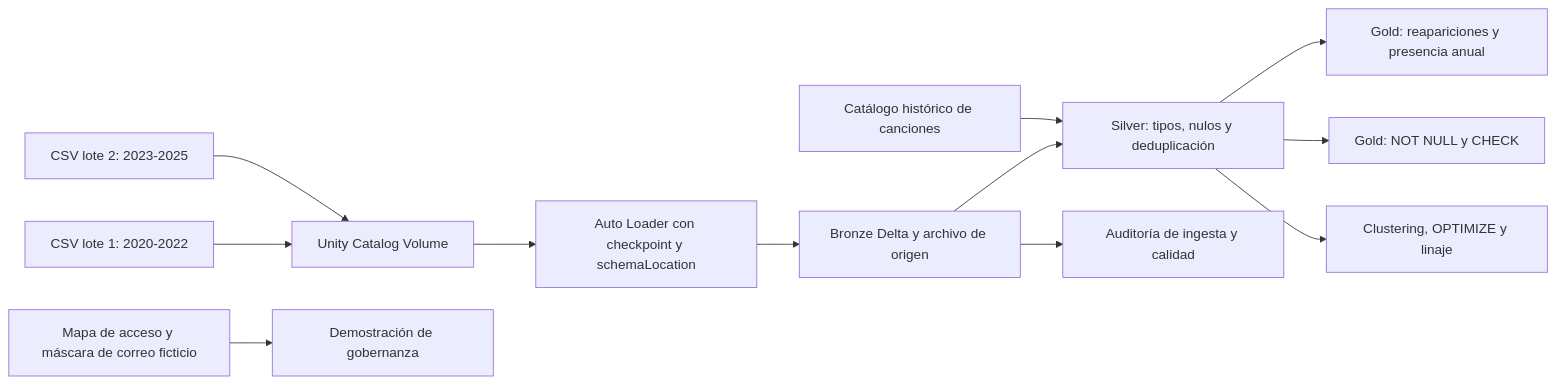
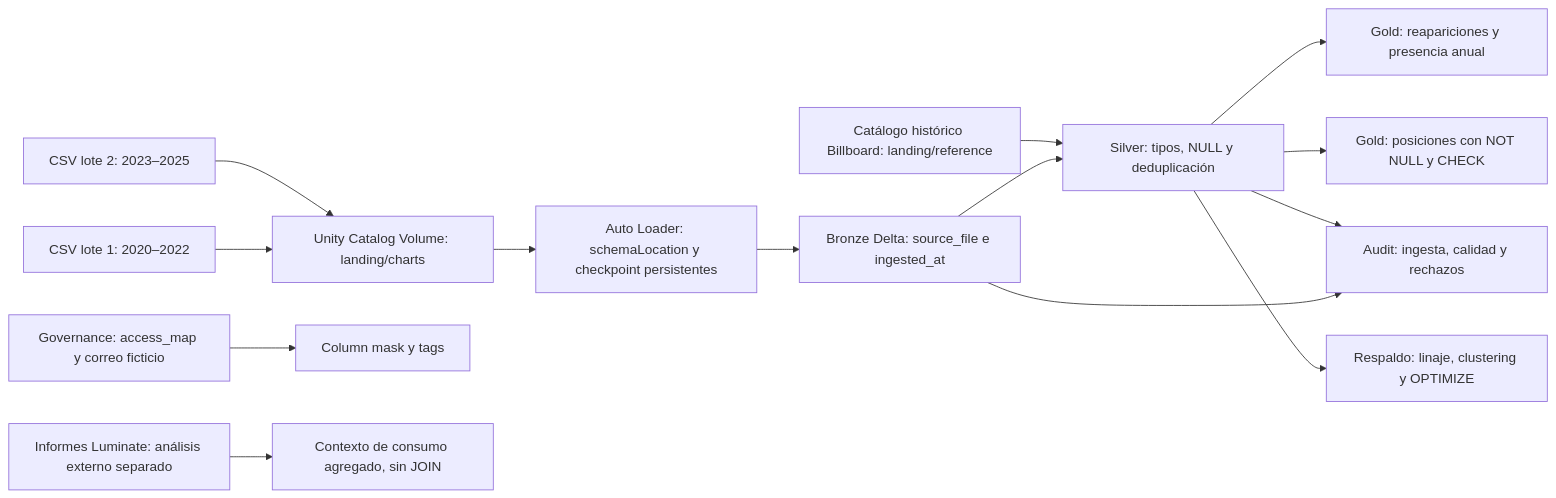
One commit to richiemellow/musica-billboard-databricks changed the diagram in README.md. Above: the diagram before and after it, drawn with Mermaid. The commit also changed other lines of this file, not shown here.

````diff
--- a/README.md
+++ b/README.md
@@ -15,14 +44,16 @@
 ```mermaid
 flowchart LR
-    L1[CSV lote 1: 2020-2022] --> V[Unity Catalog Volume]
-    L2[CSV lote 2: 2023-2025] --> V
-    V --> AL[Auto Loader con checkpoint y schemaLocation]
-    AL --> B[Bronze Delta y archivo de origen]
-    B --> S[Silver: tipos, nulos y deduplicación]
-    C[Catálogo histórico de canciones] --> S
+    L1[CSV lote 1: 2020–2022] --> V[Unity Catalog Volume: landing/charts]
+    L2[CSV lote 2: 2023–2025] --> V
+    V --> AL[Auto Loader: schemaLocation y checkpoint persistentes]
+    AL --> B[Bronze Delta: source_file e ingested_at]
+    B --> S[Silver: tipos, NULL y deduplicación]
+    CAT[Catálogo histórico Billboard: landing/reference] --> S
     S --> G[Gold: reapariciones y presencia anual]
-    S --> Q[Gold: NOT NULL y CHECK]
-    B --> A[Auditoría de ingesta y calidad]
-    S --> O[Clustering, OPTIMIZE y linaje]
-    GOV[Mapa de acceso y máscara de correo ficticio] --> D[Demostración de gobernanza]
+    S --> Q[Gold: posiciones con NOT NULL y CHECK]
+    B --> A[Audit: ingesta, calidad y rechazos]
+    S --> A
+    GOV[Governance: access_map y correo ficticio] --> MASK[Column mask y tags]
+    S --> O[Respaldo: linaje, clustering y OPTIMIZE]
+    LU[Informes Luminate: análisis externo separado] --> CTX[Contexto de consumo agregado, sin JOIN]
 ```
````
